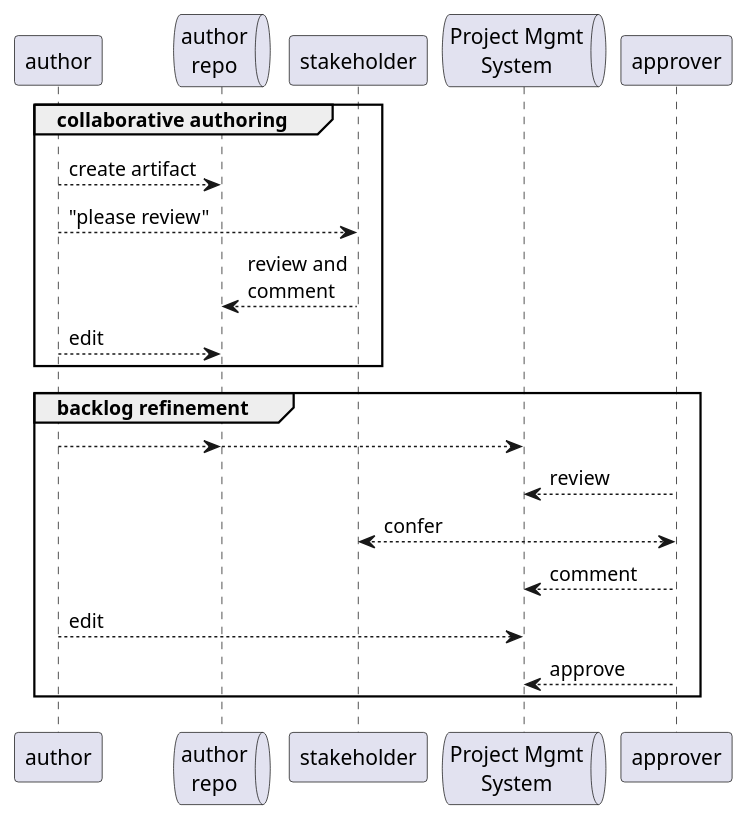
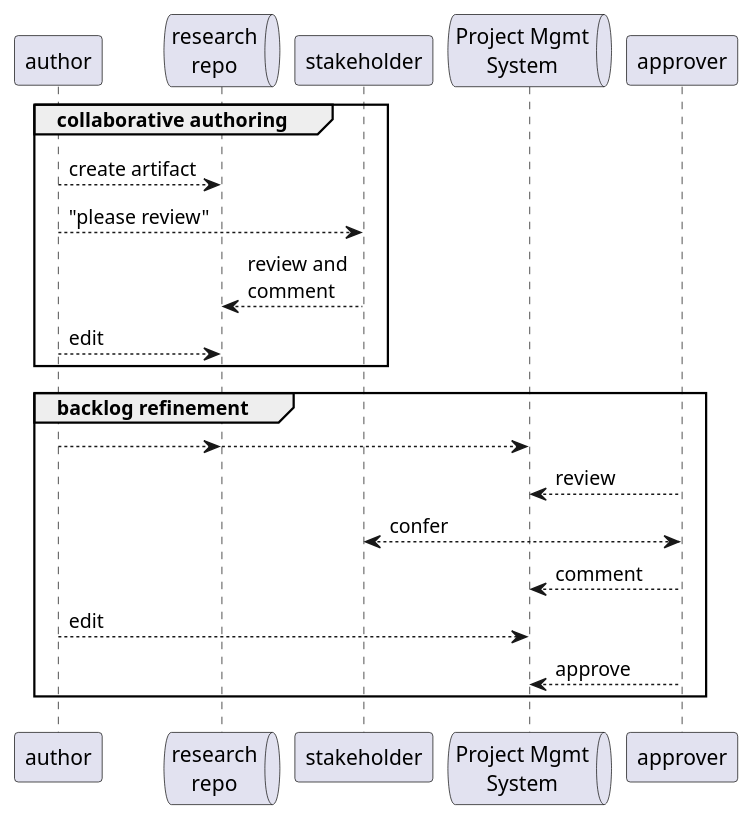
The diagram in puml/sequence.puml (pgaljan/dac), drawn with PlantUML before and after one commit.

```diff
--- a/puml/sequence.puml
+++ b/puml/sequence.puml
@@ -1,25 +1,25 @@
 @startuml
 !pragma teoz true
     participant author
-    queue miro as "author\nrepo"
+    queue collab as "research\nrepo"
     participant stakeholder
     queue "Project Mgmt\nSystem"
     participant approver
 
 group collaborative authoring
-    author --> miro : create artifact
+    author --> collab : create artifact
     author --> stakeholder : "please review"
-    stakeholder --> miro : review and\ncomment
-    author --> miro : edit
+    stakeholder --> collab : review and\ncomment
+    author --> collab : edit
 end group
 
 group backlog refinement
-    author --> miro
-        &miro --> "Project Mgmt\nSystem" 
+    author --> collab
+        &collab --> "Project Mgmt\nSystem" 
     approver --> "Project Mgmt\nSystem" : review
     approver <--> stakeholder : confer
     approver --> "Project Mgmt\nSystem" : comment
     author --> "Project Mgmt\nSystem" : edit
     approver --> "Project Mgmt\nSystem" : approve
 end group
 @enduml
```
